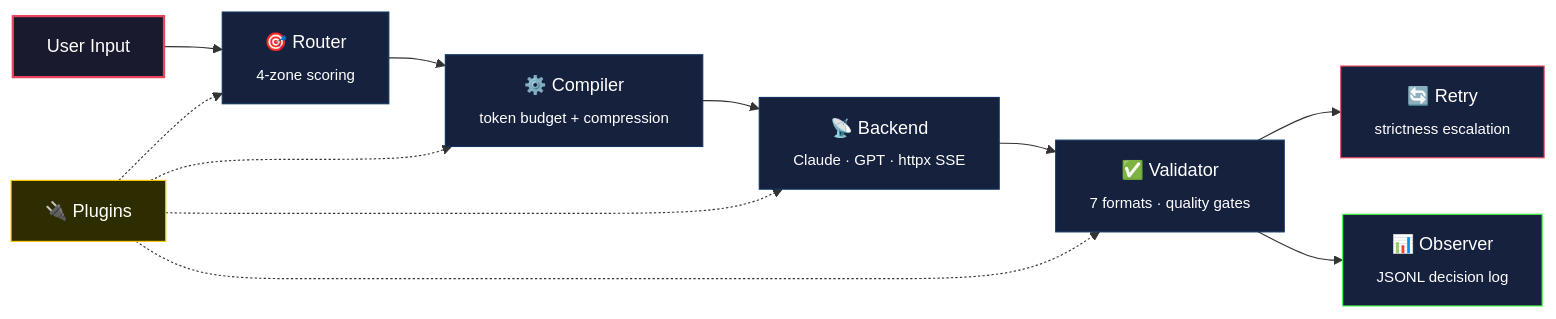
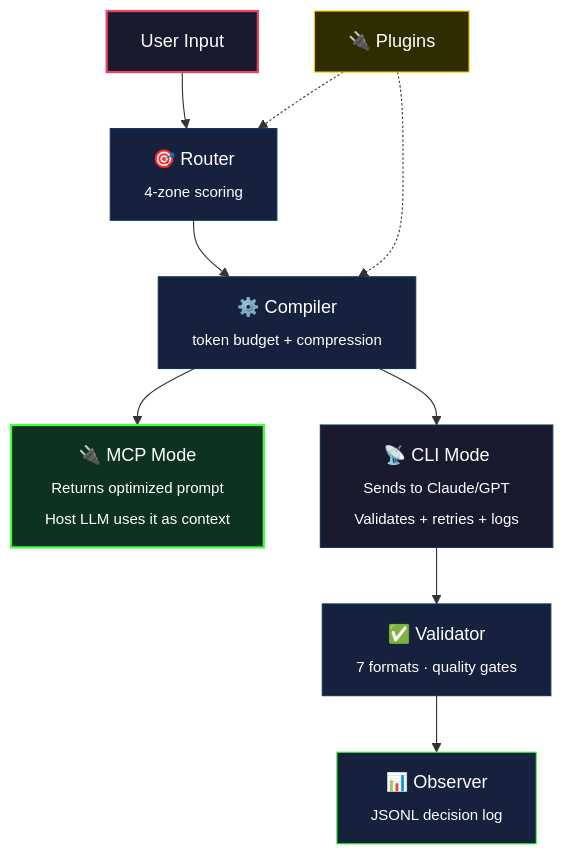
One commit to Evil-Null/promptc changed the diagram in README.md. Above: the diagram before and after it, drawn with Mermaid. The commit also changed other lines of this file, not shown here.

First line of the commit message:
docs: restructure README as MCP-first

````diff
--- a/README.md
+++ b/README.md
@@ -25,23 +30,23 @@
 ```mermaid
-graph LR
+graph TB
     U["User Input"] --> R["🎯 Router<br/><sub>4-zone scoring</sub>"]
     R --> C["⚙️ Compiler<br/><sub>token budget + compression</sub>"]
-    C --> B["📡 Backend<br/><sub>Claude · GPT · httpx SSE</sub>"]
-    B --> V["✅ Validator<br/><sub>7 formats · quality gates</sub>"]
-    V --> RE["🔄 Retry<br/><sub>strictness escalation</sub>"]
+
+    C --> MCP["🔌 MCP Mode<br/><sub>Returns optimized prompt<br/>Host LLM uses it as context</sub>"]
+    C --> CLI["📡 CLI Mode<br/><sub>Sends to Claude/GPT<br/>Validates + retries + logs</sub>"]
+
+    CLI --> V["✅ Validator<br/><sub>7 formats · quality gates</sub>"]
     V --> O["📊 Observer<br/><sub>JSONL decision log</sub>"]
 
     P["🔌 Plugins"] -.-> R
     P -.-> C
-    P -.-> B
-    P -.-> V
 
     style U fill:#1a1a2e,stroke:#e94560,color:#fff,stroke-width:2px
     style R fill:#16213e,stroke:#0f3460,color:#fff
     style C fill:#16213e,stroke:#0f3460,color:#fff
-    style B fill:#16213e,stroke:#0f3460,color:#fff
+    style MCP fill:#0d3320,stroke:#44ff44,color:#fff,stroke-width:2px
+    style CLI fill:#1a1a2e,stroke:#0f3460,color:#fff
     style V fill:#16213e,stroke:#0f3460,color:#fff
-    style RE fill:#16213e,stroke:#e94560,color:#fff
     style O fill:#16213e,stroke:#44ff44,color:#fff
     style P fill:#2d2d00,stroke:#ffcc00,color:#fff
 ```
````
